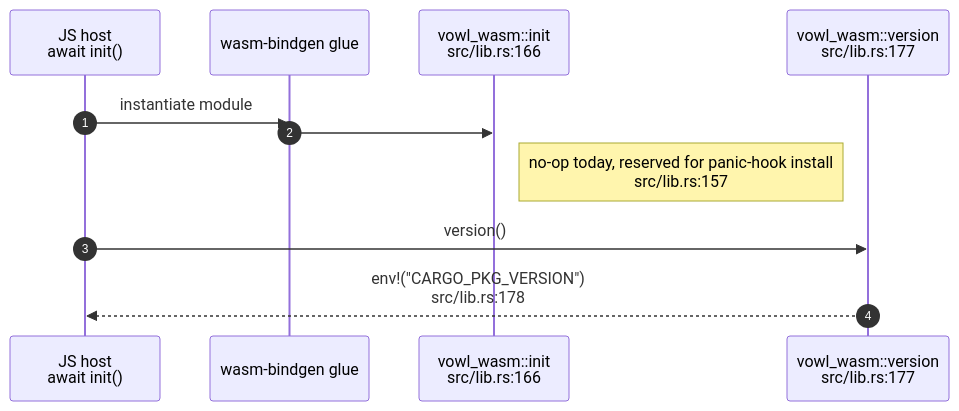
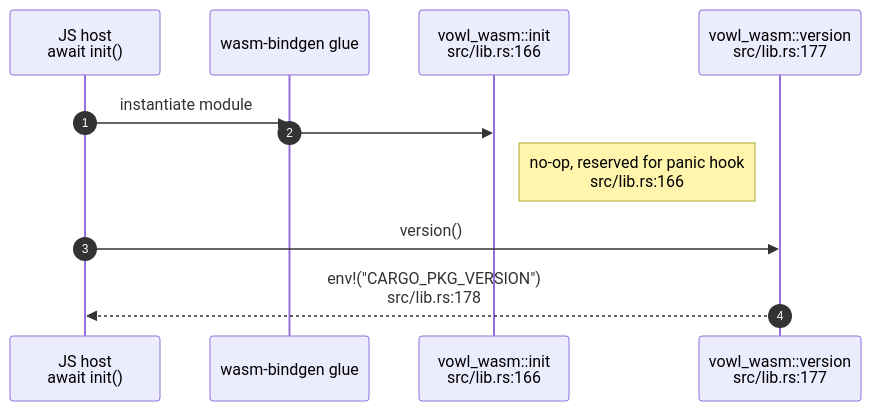
The third of 6 diagrams in docs/diagrams/vowl-wasm/01-crate-composition-and-wasm-boundary.md (DreamLab-AI/VisionFlow), drawn with Mermaid before and after one commit. The commit also changed other lines of this file and 35 other files, not shown here.

````diff
--- a/docs/diagrams/vowl-wasm/01-crate-composition-and-wasm-boundary.md
+++ b/docs/diagrams/vowl-wasm/01-crate-composition-and-wasm-boundary.md
@@ -65,13 +67,13 @@
 ```mermaid
 sequenceDiagram
     autonumber
     participant JS as JS host<br/>await init()
     participant WB as wasm-bindgen glue
     participant M as vowl_wasm::init<br/>src/lib.rs:166
     participant V as vowl_wasm::version<br/>src/lib.rs:177
     JS->>WB: instantiate module
     WB->>M: #[wasm_bindgen(start)] init()
-    Note right of M: no-op today, reserved for panic-hook install<br/>src/lib.rs:157
+    Note right of M: no-op, reserved for panic hook<br/>src/lib.rs:166
     JS->>V: version()
     V-->>JS: env!("CARGO_PKG_VERSION")<br/>src/lib.rs:178
 ```
````
